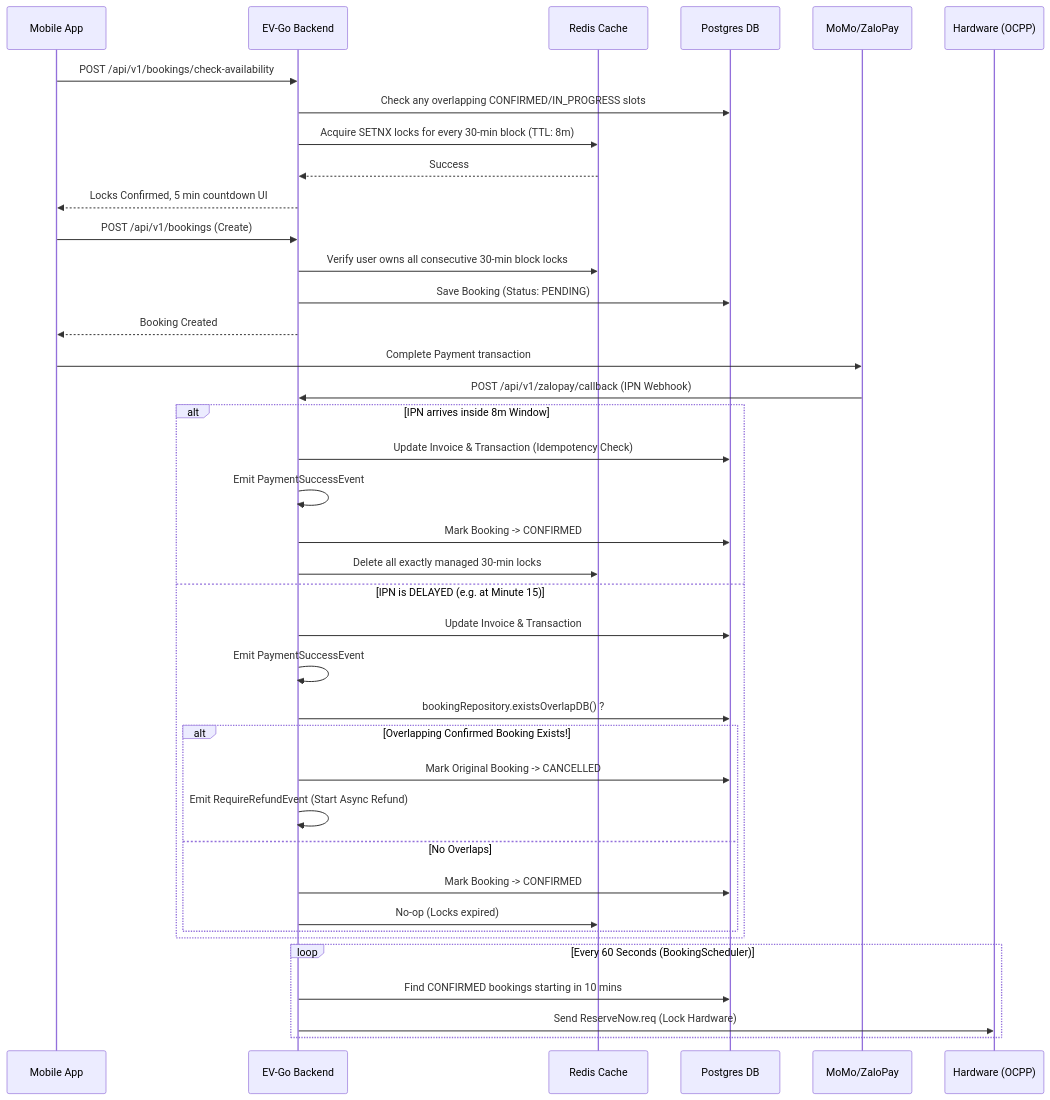
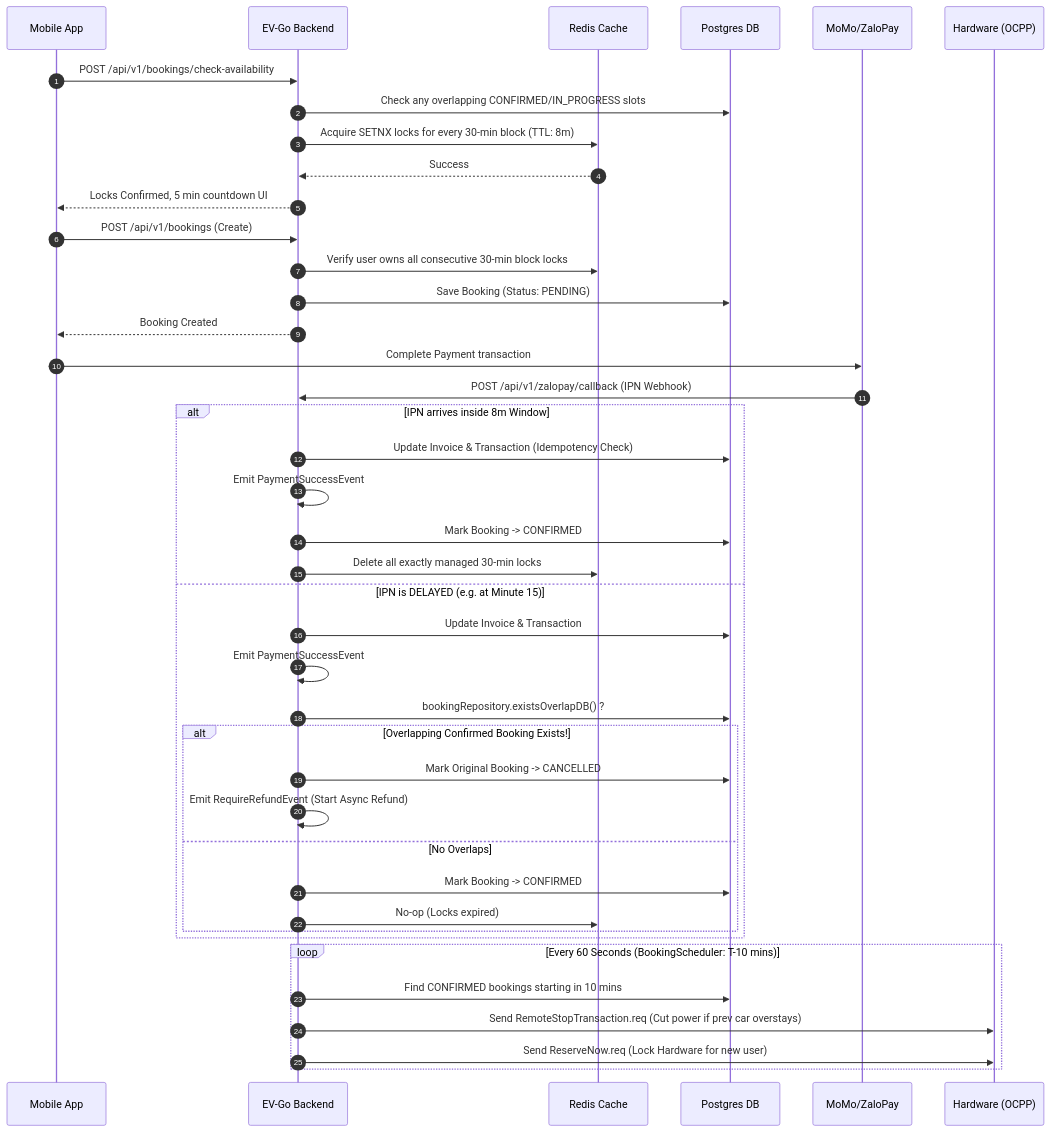
The diagram in evgo/docs/walkthrough-booking-module.md (Sherllgen/DATN), drawn with Mermaid before and after one commit. The commit also changed 2 other files, not shown here.

Commit message:
fix: remove all redis key in duration booking

````diff
--- a/evgo/docs/walkthrough-booking-module.md
+++ b/evgo/docs/walkthrough-booking-module.md
@@ -85,46 +85,48 @@
 ```mermaid
 sequenceDiagram
+    autonumber
     participant App as Mobile App
     participant BE as EV-Go Backend
     participant Redis as Redis Cache
     participant DB as Postgres DB
     participant Gateway as MoMo/ZaloPay
     participant Charger as Hardware (OCPP)
 
     App->>BE: POST /api/v1/bookings/check-availability
     BE->>DB: Check any overlapping CONFIRMED/IN_PROGRESS slots
     BE->>Redis: Acquire SETNX locks for every 30-min block (TTL: 8m)
     Redis-->>BE: Success
     BE-->>App: Locks Confirmed, 5 min countdown UI
 
     App->>BE: POST /api/v1/bookings (Create)
     BE->>Redis: Verify user owns all consecutive 30-min block locks
     BE->>DB: Save Booking (Status: PENDING)
     BE-->>App: Booking Created
     
     App->>Gateway: Complete Payment transaction
     Gateway->>BE: POST /api/v1/zalopay/callback (IPN Webhook)
     
     alt IPN arrives inside 8m Window
         BE->>DB: Update Invoice & Transaction (Idempotency Check)
         BE->>BE: Emit PaymentSuccessEvent
         BE->>DB: Mark Booking -> CONFIRMED
         BE->>Redis: Delete all exactly managed 30-min locks
     else IPN is DELAYED (e.g. at Minute 15)
         BE->>DB: Update Invoice & Transaction
         BE->>BE: Emit PaymentSuccessEvent
         BE->>DB: bookingRepository.existsOverlapDB() ?
         alt Overlapping Confirmed Booking Exists!
             BE->>DB: Mark Original Booking -> CANCELLED
             BE->>BE: Emit RequireRefundEvent (Start Async Refund)
         else No Overlaps
             BE->>DB: Mark Booking -> CONFIRMED
             BE->>Redis: No-op (Locks expired)
         end
     end
 
-    loop Every 60 Seconds (BookingScheduler)
+    loop Every 60 Seconds (BookingScheduler: T-10 mins)
         BE->>DB: Find CONFIRMED bookings starting in 10 mins
-        BE->>Charger: Send ReserveNow.req (Lock Hardware)
+        BE->>Charger: Send RemoteStopTransaction.req (Cut power if prev car overstays)
+        BE->>Charger: Send ReserveNow.req (Lock Hardware for new user)
     end
 ```
````
